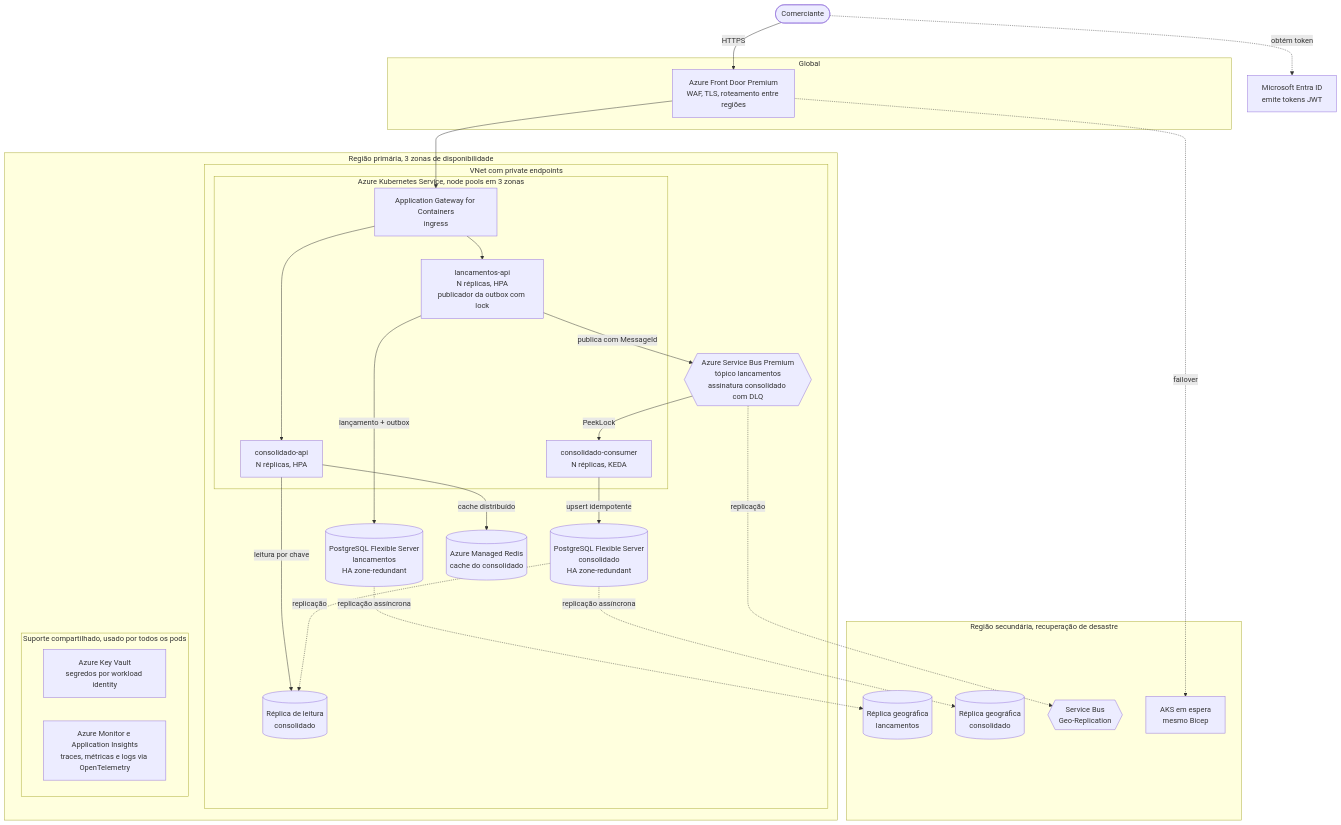
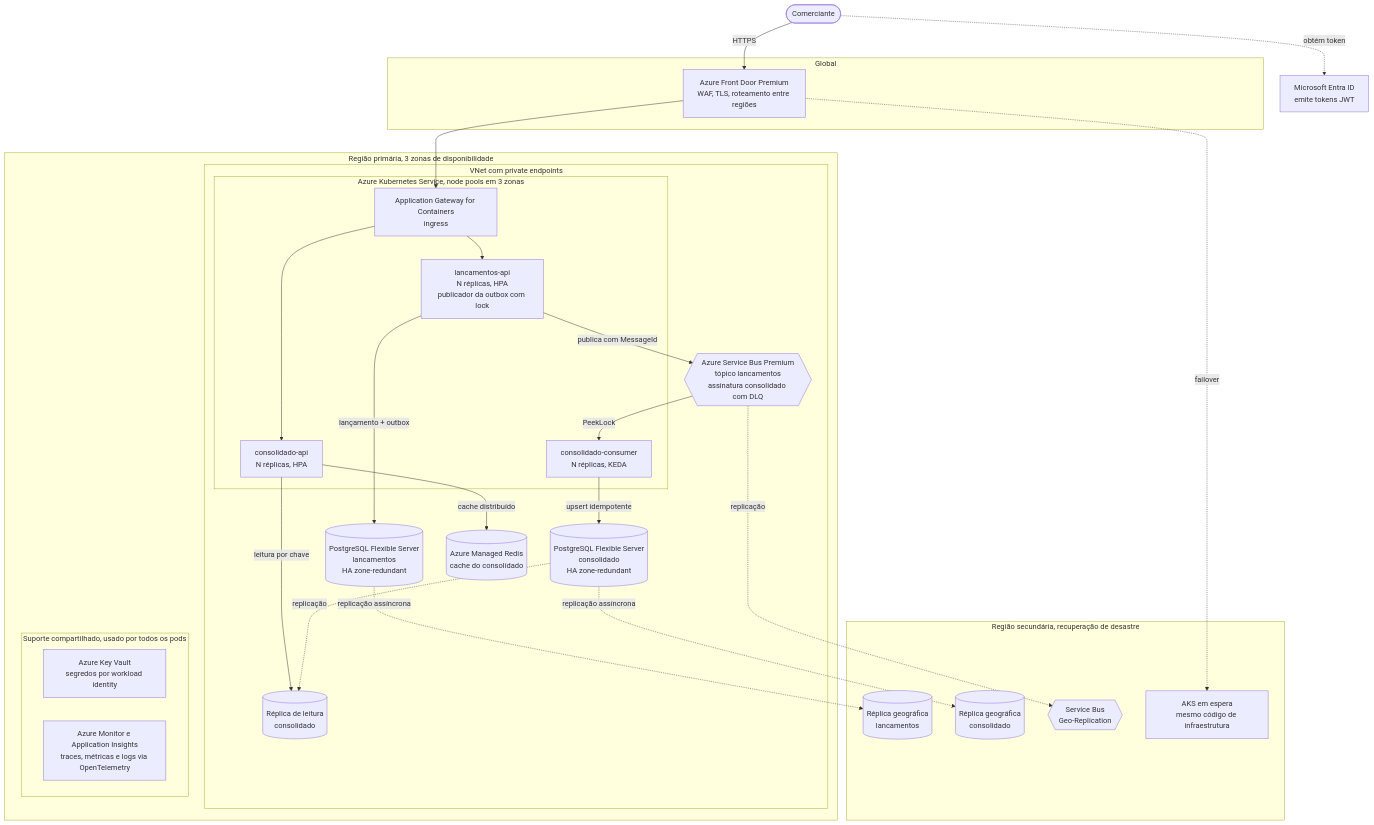
Before and after one commit to miltoncamara/Verity_FluxoDeCaixa: the diagram in docs/arquitetura-azure.md, drawn with Mermaid. The commit also changed other lines of this file and 2 other files, not shown here.

Commit message:
Apresenta Bicep ou Terraform como opções de infraestrutura como código

````diff
--- a/docs/arquitetura-azure.md
+++ b/docs/arquitetura-azure.md
@@ -9,54 +9,54 @@
 ```mermaid
 flowchart TB
     Cliente([Comerciante])
     Entra[Microsoft Entra ID<br/>emite tokens JWT]
 
     subgraph Global[Global]
         FD[Azure Front Door Premium<br/>WAF, TLS, roteamento entre regiões]
     end
 
     subgraph Primaria[Região primária, 3 zonas de disponibilidade]
         subgraph Rede[VNet com private endpoints]
             subgraph AKS[Azure Kubernetes Service, node pools em 3 zonas]
                 Ingress[Application Gateway for Containers<br/>ingress]
                 LApi[lancamentos-api<br/>N réplicas, HPA<br/>publicador da outbox com lock]
                 CApi[consolidado-api<br/>N réplicas, HPA]
                 CCons[consolidado-consumer<br/>N réplicas, KEDA]
             end
 
             SB{{Azure Service Bus Premium<br/>tópico lancamentos<br/>assinatura consolidado com DLQ}}
             LDb[(PostgreSQL Flexible Server<br/>lancamentos<br/>HA zone-redundant)]
             CDb[(PostgreSQL Flexible Server<br/>consolidado<br/>HA zone-redundant)]
             CRead[(Réplica de leitura<br/>consolidado)]
             Redis[(Azure Managed Redis<br/>cache do consolidado)]
         end
         subgraph Suporte[Suporte compartilhado, usado por todos os pods]
             KV[Azure Key Vault<br/>segredos por workload identity]
             Mon[Azure Monitor e Application Insights<br/>traces, métricas e logs via OpenTelemetry]
         end
     end
 
     subgraph Secundaria[Região secundária, recuperação de desastre]
         LDbGeo[(Réplica geográfica<br/>lancamentos)]
         CDbGeo[(Réplica geográfica<br/>consolidado)]
         SBGeo{{Service Bus<br/>Geo-Replication}}
-        AKS2[AKS em espera<br/>mesmo Bicep]
+        AKS2[AKS em espera<br/>mesmo código de infraestrutura]
     end
 
     Cliente -- HTTPS --> FD
     Cliente -. obtém token .-> Entra
     FD --> Ingress
     Ingress --> LApi
     Ingress --> CApi
     LApi -- lançamento + outbox --> LDb
     LApi -- publica com MessageId --> SB
     SB -- PeekLock --> CCons
     CCons -- upsert idempotente --> CDb
     CApi -- leitura por chave --> CRead
     CApi -- cache distribuído --> Redis
     CDb -. replicação .-> CRead
     LDb -. replicação assíncrona .-> LDbGeo
     CDb -. replicação assíncrona .-> CDbGeo
     SB -. replicação .-> SBGeo
     FD -. failover .-> AKS2
 ```
````
